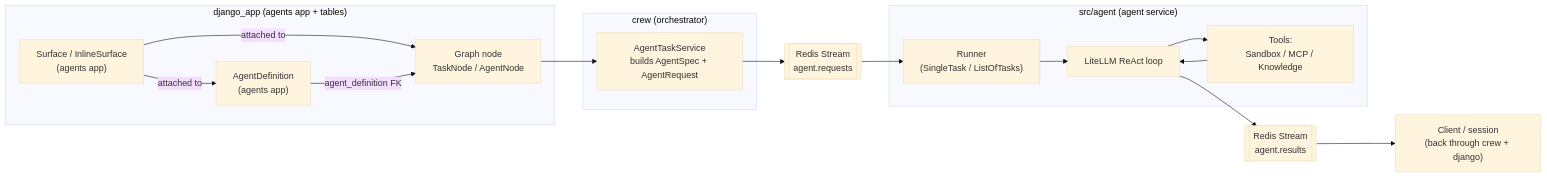
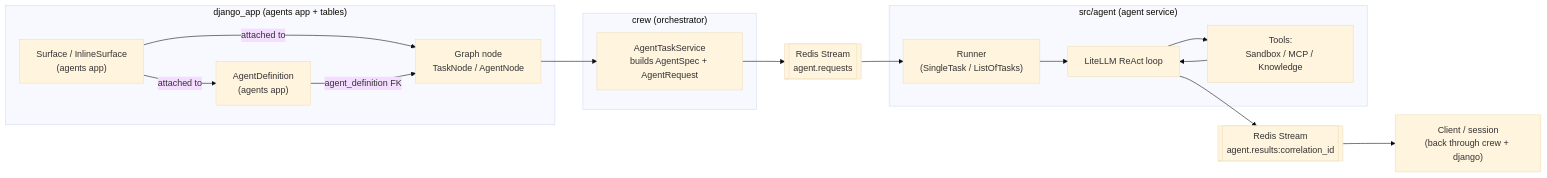
Before and after one commit to EpicStaff/EpicStaff: the diagram in docs/agents/README.md, drawn with Mermaid (base theme). The commit also changed other lines of this file and 27 other files, not shown here.

First line of the commit message:
fix(EST-4076): isolate agent results in per-run Redis streams

````diff
--- a/docs/agents/README.md
+++ b/docs/agents/README.md
@@ -41,36 +41,36 @@
 ```mermaid
 flowchart LR
     subgraph Django["django_app (agents app + tables)"]
         SURF["Surface / InlineSurface\n(agents app)"]
         DEF["AgentDefinition\n(agents app)"]
         NODE["Graph node\nTaskNode / AgentNode"]
         SURF -- "attached to" --> DEF
         SURF -- "attached to" --> NODE
         DEF -- "agent_definition FK" --> NODE
     end
 
     subgraph Crew["crew (orchestrator)"]
         ATS["AgentTaskService\nbuilds AgentSpec + AgentRequest"]
     end
 
     NODE --> ATS
 
     REQ[["Redis Stream\nagent.requests"]]
     ATS --> REQ
 
     subgraph AgentSvc["src/agent (agent service)"]
         RUNNER["Runner\n(SingleTask / ListOfTasks)"]
         LOOP["LiteLLM ReAct loop"]
         TOOLS["Tools:\nSandbox / MCP / Knowledge"]
         RUNNER --> LOOP
         LOOP --> TOOLS
         TOOLS --> LOOP
     end
 
     REQ --> RUNNER
 
-    RES[["Redis Stream\nagent.results"]]
+    RES[["Redis Stream\nagent.results:correlation_id"]]
     LOOP --> RES
 
     RES --> CLIENT["Client / session\n(back through crew + django)"]
 ```
````
